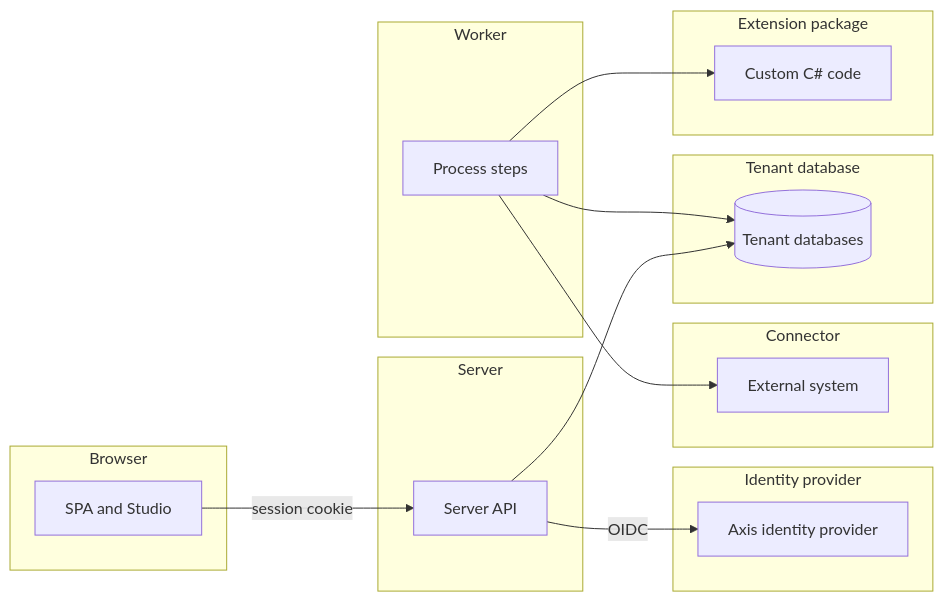
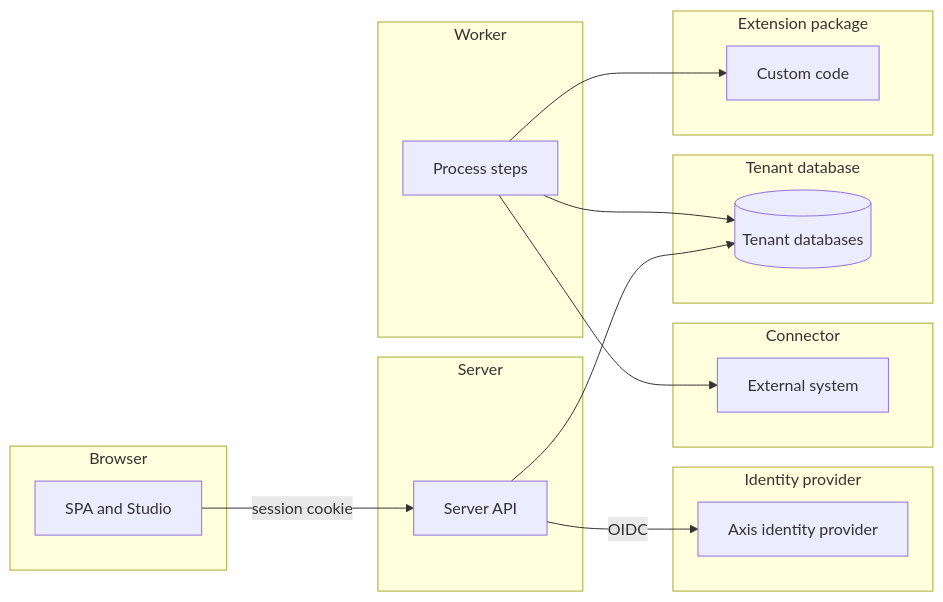
The first of 23 diagrams in docs/reference/threat-model-product.md (phuongnse/axis), drawn with Mermaid before and after one commit. The commit also changed other lines of this file and 24 other files, not shown here.

````diff
--- a/docs/reference/threat-model-product.md
+++ b/docs/reference/threat-model-product.md
@@ -12,30 +12,30 @@
 ```mermaid
 flowchart LR
     subgraph browser [Browser]
         Spa[SPA and Studio]
     end
     subgraph server [Server]
         Api[Server API]
     end
     subgraph tenantdb [Tenant database]
         TenantDb[(Tenant databases)]
     end
     subgraph worker [Worker]
         Steps[Process steps]
     end
     subgraph package [Extension package]
-        Code[Custom C# code]
+        Code[Custom code]
     end
     subgraph connector [Connector]
         External[External system]
     end
     subgraph idp [Identity provider]
         Idp[Axis identity provider]
     end
     Spa -->|session cookie| Api
     Api --> TenantDb
     Api -->|OIDC| Idp
     Steps --> TenantDb
     Steps --> Code
     Steps --> External
 ```
````
